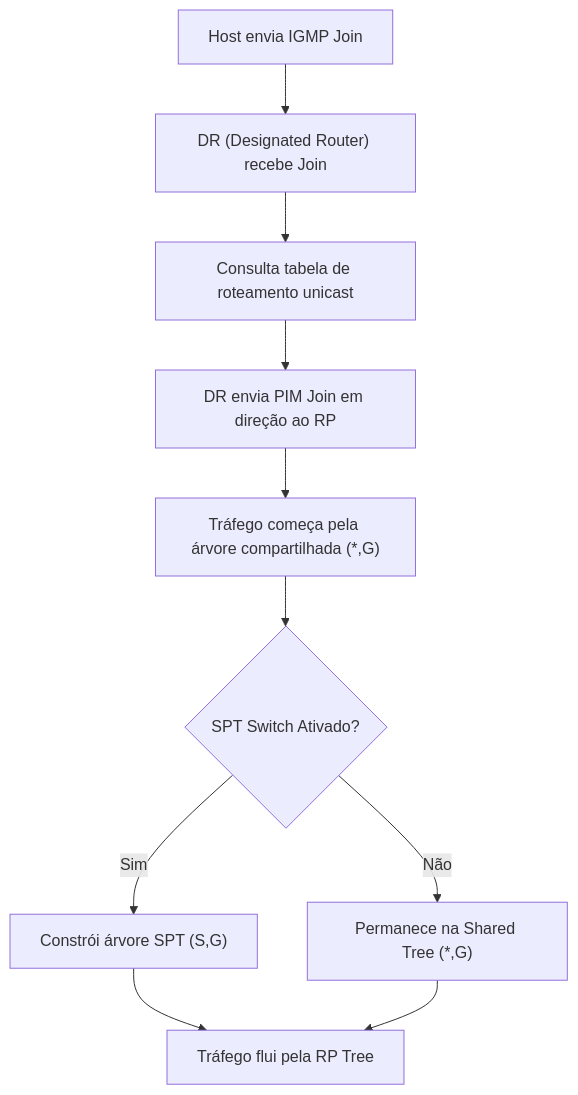
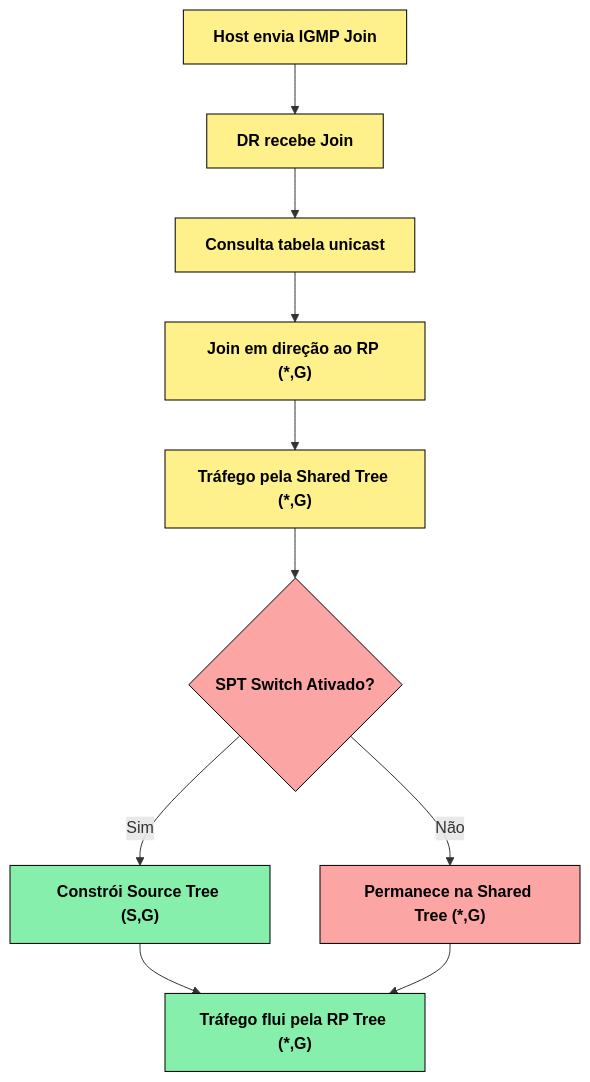
One commit to alcancil/Cisco changed the second of 2 diagrams in CCNP 350-401 ENCOR/03 - Infrastructure/01 - Multicast/03 - PIM/REAME.md. Above: the diagram before and after it, drawn with Mermaid. The commit also changed other lines of this file, not shown here.

Commit message:
Alterado o Readme.md

````diff
--- a/CCNP 350-401 ENCOR/03 - Infrastructure/01 - Multicast/03 - PIM/REAME.md
+++ b/CCNP 350-401 ENCOR/03 - Infrastructure/01 - Multicast/03 - PIM/REAME.md
@@ -159,12 +187,28 @@
 ```mermaid
 flowchart TD
-    A["Host envia IGMP Join"] --> B["DR (Designated Router) recebe Join"]
-    B --> C["Consulta tabela de roteamento unicast"]
-    C --> D["DR envia PIM Join em direção ao RP"]
-    D --> E["Tráfego começa pela árvore compartilhada (*,G)"]
-    E --> F{SPT Switch Ativado?}
-    F -- Sim --> G["Constrói árvore SPT (S,G)"]
+    A["Host envia IGMP Join"] --> B["DR recebe Join"]
+    B --> C["Consulta tabela unicast"]
+    C --> D["Join em direção ao RP (*,G)"]
+    D --> E["Tráfego pela Shared Tree (*,G)"]
+    E --> F{"SPT Switch Ativado?"}
+    F -- Sim --> G["Constrói Source Tree (S,G)"]
     F -- Não --> H["Permanece na Shared Tree (*,G)"]
-    G --> I[Tráfego flui pela SPT]
-    H --> I[Tráfego flui pela RP Tree]
+    G --> I["Tráfego flui pela SPT (S,G)"]
+    H --> I["Tráfego flui pela RP Tree (*,G)"]
+
+    %% Estilos (esquema de farol)
+    %% Amarelo (início / intermediário)
+    style A fill:#fef08a,stroke:#000,stroke-width:1px,color:#000,font-weight:bold
+    style B fill:#fef08a,stroke:#000,stroke-width:1px,color:#000,font-weight:bold
+    style C fill:#fef08a,stroke:#000,stroke-width:1px,color:#000,font-weight:bold
+    style D fill:#fef08a,stroke:#000,stroke-width:1px,color:#000,font-weight:bold
+    style E fill:#fef08a,stroke:#000,stroke-width:1px,color:#000,font-weight:bold
+
+    %% Vermelho (decisão / permanência RP)
+    style F fill:#fca5a5,stroke:#000,stroke-width:1px,color:#000,font-weight:bold
+    style H fill:#fca5a5,stroke:#000,stroke-width:1px,color:#000,font-weight:bold
+
+    %% Verde (SPT ativo / fluxo final)
+    style G fill:#86efac,stroke:#000,stroke-width:1px,color:#000,font-weight:bold
+    style I fill:#86efac,stroke:#000,stroke-width:1px,color:#000,font-weight:bold
 ```
````
